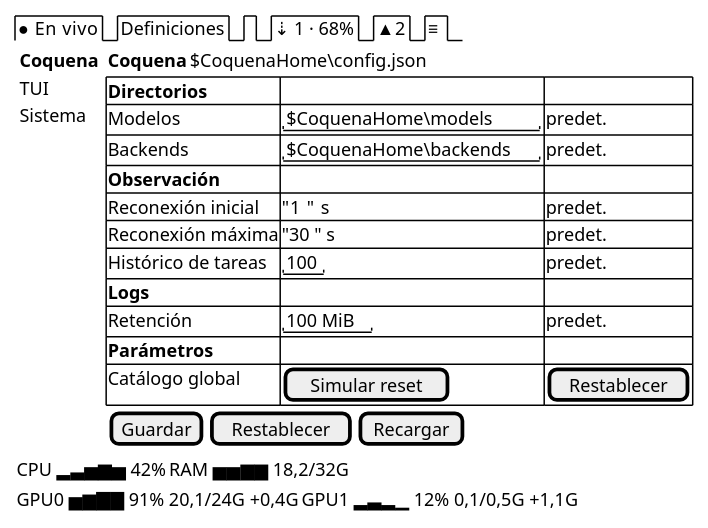
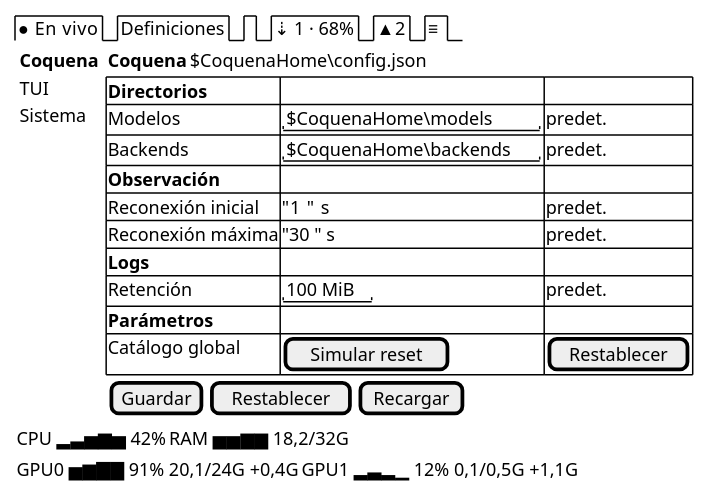
One commit to mstranich/coquena changed the diagram in docs/design/tui/E-configuracion-coquena.salt.puml. Above: the diagram before and after it, drawn with PlantUML. The commit also changed 15 other files, not shown here.

```diff
--- a/docs/design/tui/E-configuracion-coquena.salt.puml
+++ b/docs/design/tui/E-configuracion-coquena.salt.puml
@@ -1,32 +1,31 @@
 @startsalt
 {
   {/ ● En vivo | Definiciones | . | ⇣ 1 · 68% | ▲ 2 | <b>≡ }
   {
     {
     {
       <b>Coquena
       TUI
       Sistema
     }
     } | {
       { <b>Coquena | $CoquenaHome\config.json }
       {#
         <b>Directorios | . | .
         Modelos | "$CoquenaHome\models  " | predet.
         Backends | "$CoquenaHome\backends" | predet.
         <b>Observación | . | .
         Reconexión inicial | "1  " s | predet.
         Reconexión máxima | "30 " s | predet.
-        Histórico de tareas | "100" | predet.
         <b>Logs | . | .
         Retención | "100 MiB" | predet.
         <b>Parámetros | . | .
         Catálogo global | [Simular reset] | [Restablecer]
       }
       { [Guardar] | [Restablecer] | [Recargar] }
     }
   }
   { CPU ▂▃▅▆▅ 42% | RAM ▅▅▆▆ 18,2/32G }
   { GPU0 ▅▆▇▇ 91% 20,1/24G +0,4G | GPU1 ▂▃▂▁ 12% 0,1/0,5G +1,1G }
 }
 @endsalt
```
